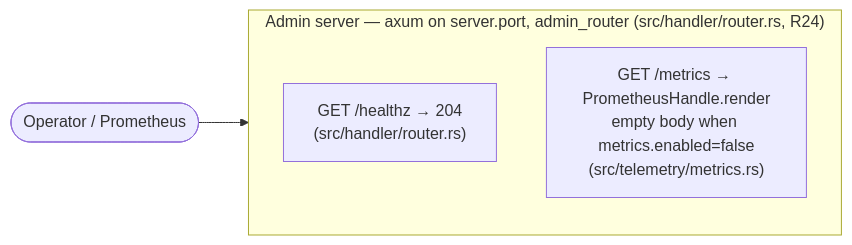
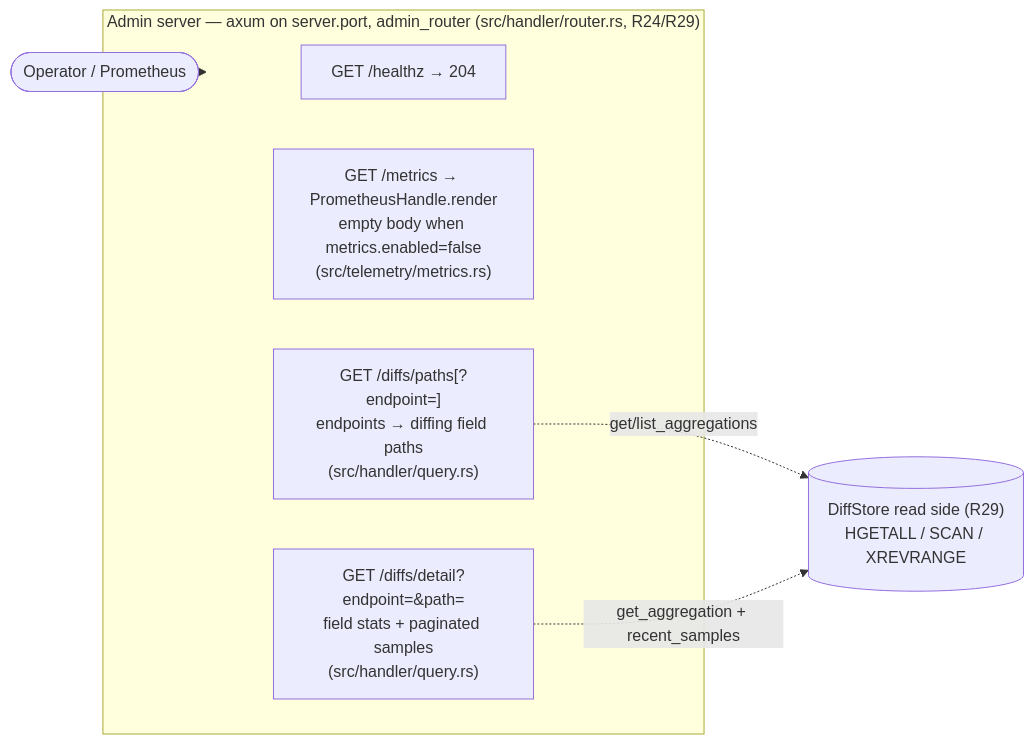
The second of 2 diagrams in docs/architecture.md (smf8/riffy), drawn with Mermaid before and after one commit. The commit also changed other lines of this file and 21 other files, not shown here.

Commit message:
Add stats read capabilities

````diff
--- a/docs/architecture.md
+++ b/docs/architecture.md
@@ -85,9 +90,15 @@
 ```mermaid
 flowchart LR
     operator(["Operator / Prometheus"]) --> admin
 
-    subgraph admin ["Admin server — axum on server.port, admin_router (src/handler/router.rs, R24)"]
-        hz["GET /healthz → 204<br/>(src/handler/router.rs)"]
+    subgraph admin ["Admin server — axum on server.port, admin_router (src/handler/router.rs, R24/R29)"]
+        hz["GET /healthz → 204"]
         mx["GET /metrics → PrometheusHandle.render<br/>empty body when metrics.enabled=false<br/>(src/telemetry/metrics.rs)"]
+        paths["GET /diffs/paths[?endpoint=]<br/>endpoints → diffing field paths<br/>(src/handler/query.rs)"]
+        detail["GET /diffs/detail?endpoint=&path=<br/>field stats + paginated samples<br/>(src/handler/query.rs)"]
     end
+
+    paths -. "get/list_aggregations" .-> readstore
+    detail -. "get_aggregation + recent_samples" .-> readstore
+    readstore[("DiffStore read side (R29)<br/>HGETALL / SCAN / XREVRANGE")]
 ```
````
